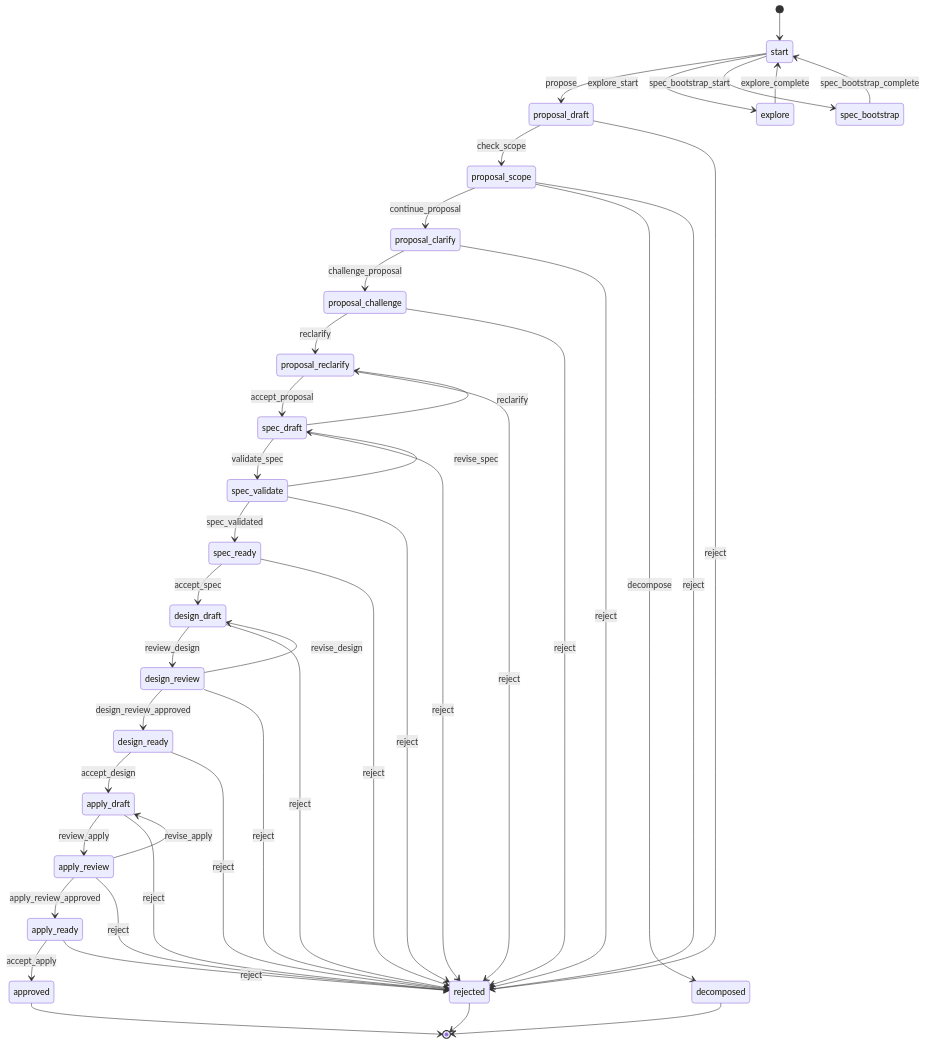
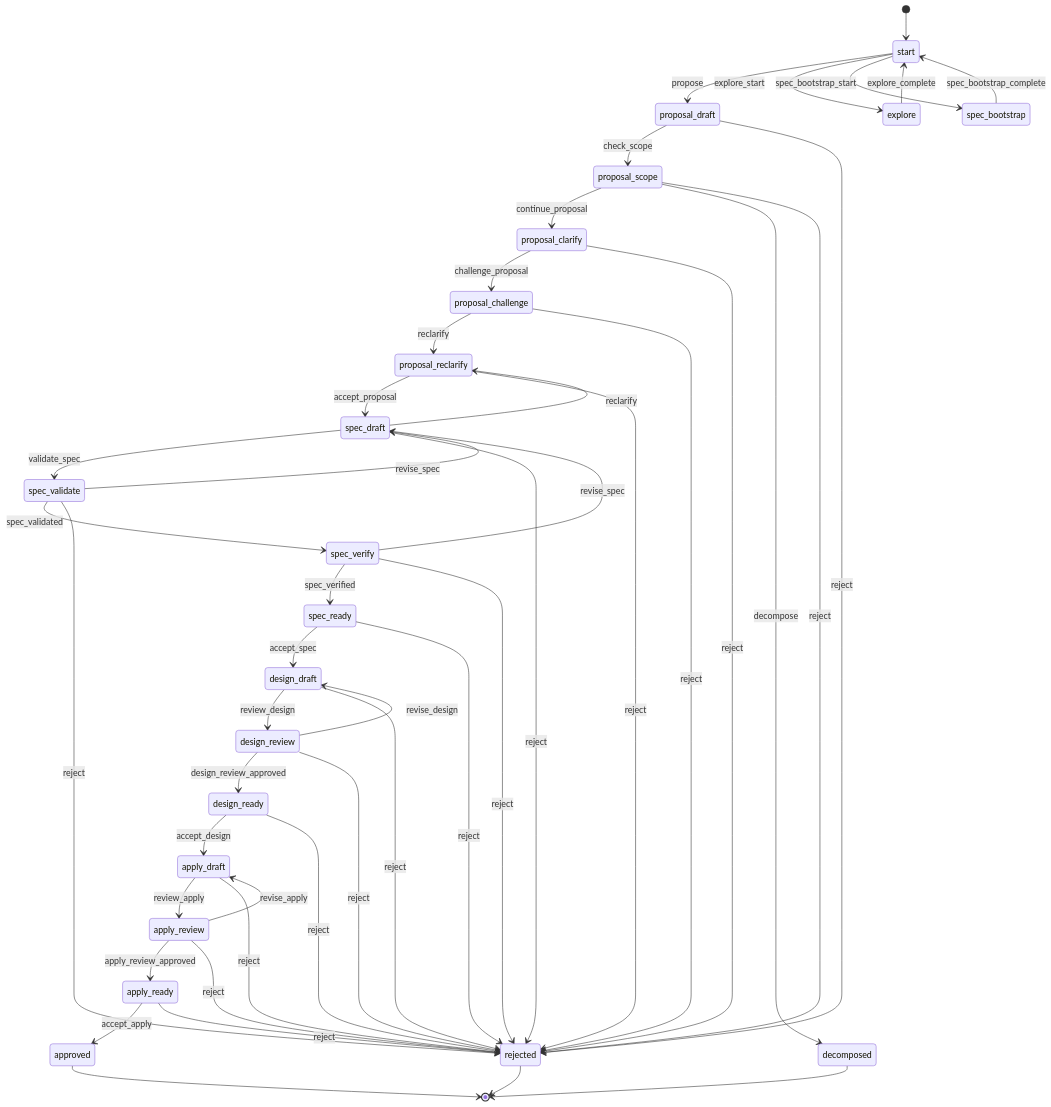
Before and after one commit to skr19930617/specflow: the diagram in README.md, drawn with Mermaid. The commit also changed 34 other files, not shown here.

````diff
--- a/README.md
+++ b/README.md
@@ -254,45 +254,48 @@
 ```mermaid
 stateDiagram-v2
   [*] --> start
   start --> proposal_draft: propose
   start --> explore: explore_start
   start --> spec_bootstrap: spec_bootstrap_start
   proposal_draft --> proposal_scope: check_scope
   proposal_draft --> rejected: reject
   proposal_scope --> proposal_clarify: continue_proposal
   proposal_scope --> decomposed: decompose
   proposal_scope --> rejected: reject
   proposal_clarify --> proposal_challenge: challenge_proposal
   proposal_clarify --> rejected: reject
   proposal_challenge --> proposal_reclarify: reclarify
   proposal_challenge --> rejected: reject
   proposal_reclarify --> spec_draft: accept_proposal
   proposal_reclarify --> rejected: reject
   spec_draft --> proposal_reclarify: reclarify
   spec_draft --> spec_validate: validate_spec
   spec_draft --> rejected: reject
   spec_validate --> spec_draft: revise_spec
-  spec_validate --> spec_ready: spec_validated
+  spec_validate --> spec_verify: spec_validated
   spec_validate --> rejected: reject
+  spec_verify --> spec_draft: revise_spec
+  spec_verify --> spec_ready: spec_verified
+  spec_verify --> rejected: reject
   spec_ready --> design_draft: accept_spec
   spec_ready --> rejected: reject
   design_draft --> design_review: review_design
   design_draft --> rejected: reject
   design_review --> design_draft: revise_design
   design_review --> design_ready: design_review_approved
   design_review --> rejected: reject
   design_ready --> apply_draft: accept_design
   design_ready --> rejected: reject
   apply_draft --> apply_review: review_apply
   apply_draft --> rejected: reject
   apply_review --> apply_draft: revise_apply
   apply_review --> apply_ready: apply_review_approved
   apply_review --> rejected: reject
   apply_ready --> approved: accept_apply
   apply_ready --> rejected: reject
   explore --> start: explore_complete
   spec_bootstrap --> start: spec_bootstrap_complete
   approved --> [*]
   decomposed --> [*]
   rejected --> [*]
 ```
````
